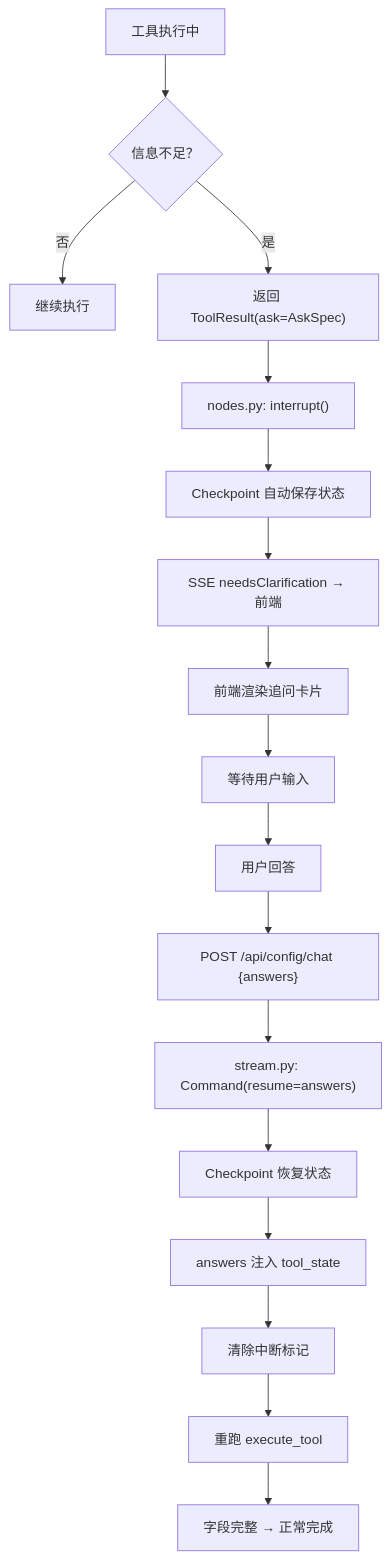
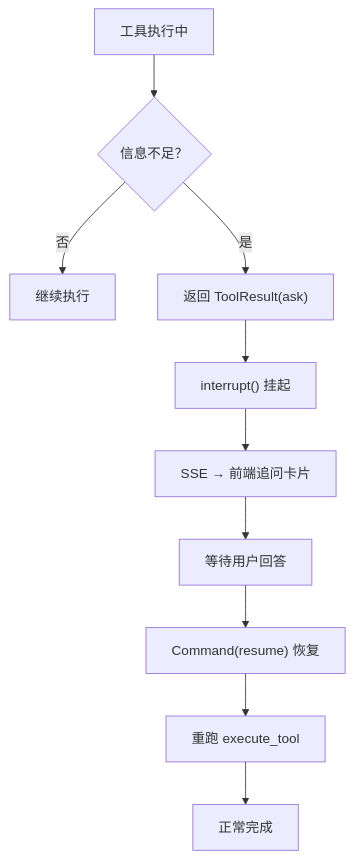
Before and after one commit to 996Code/llm-to-modeler: diagram 14 of 19 in doc/系统架构与学习指南.md, drawn with Mermaid. The commit also changed other lines of this file, not shown here.

First line of the commit message:
docs: 拆分大 Mermaid 图 + 深度解析 interrupt/resume 追问机制

````diff
--- a/doc/系统架构与学习指南.md
+++ b/doc/系统架构与学习指南.md
@@ -574,21 +546,12 @@
 ```mermaid
 flowchart TD
     Execute["工具执行中"] --> Need{"信息不足？"}
     Need -->|否| Continue["继续执行"]
-    Need -->|是| Ask["返回 ToolResult(ask=AskSpec)"]
-
-    Ask --> Interrupt["nodes.py: interrupt()"]
-    Interrupt --> Save["Checkpoint 自动保存状态"]
-    Save --> SSE["SSE needsClarification → 前端"]
-    SSE --> Card["前端渲染追问卡片"]
-    Card --> Wait["等待用户输入"]
-
-    Wait --> Answer["用户回答"]
-    Answer --> Post["POST /api/config/chat {answers}"]
-    Post --> Resume["stream.py: Command(resume=answers)"]
-    Resume --> Restore["Checkpoint 恢复状态"]
-    Restore --> Inject["answers 注入 tool_state"]
-    Inject --> Clear["清除中断标记"]
-    Clear --> Rerun["重跑 execute_tool"]
-    Rerun --> Complete["字段完整 → 正常完成"]
+    Need -->|是| Ask["返回 ToolResult(ask)"]
+    Ask --> Interrupt["interrupt() 挂起"]
+    Interrupt --> SSE["SSE → 前端追问卡片"]
+    SSE --> Wait["等待用户回答"]
+    Wait --> Resume["Command(resume) 恢复"]
+    Resume --> Rerun["重跑 execute_tool"]
+    Rerun --> Complete["正常完成"]
 ```
````
